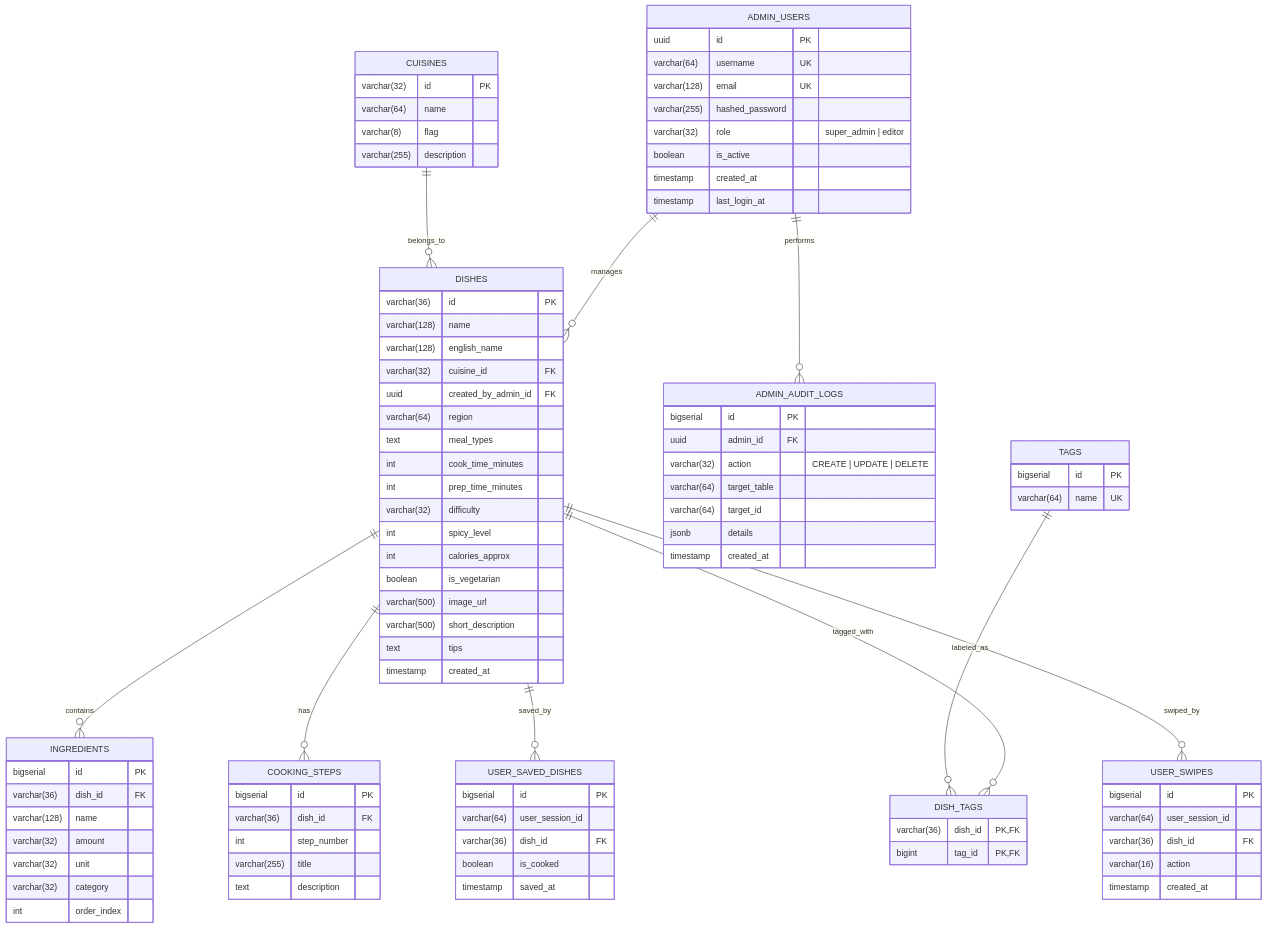
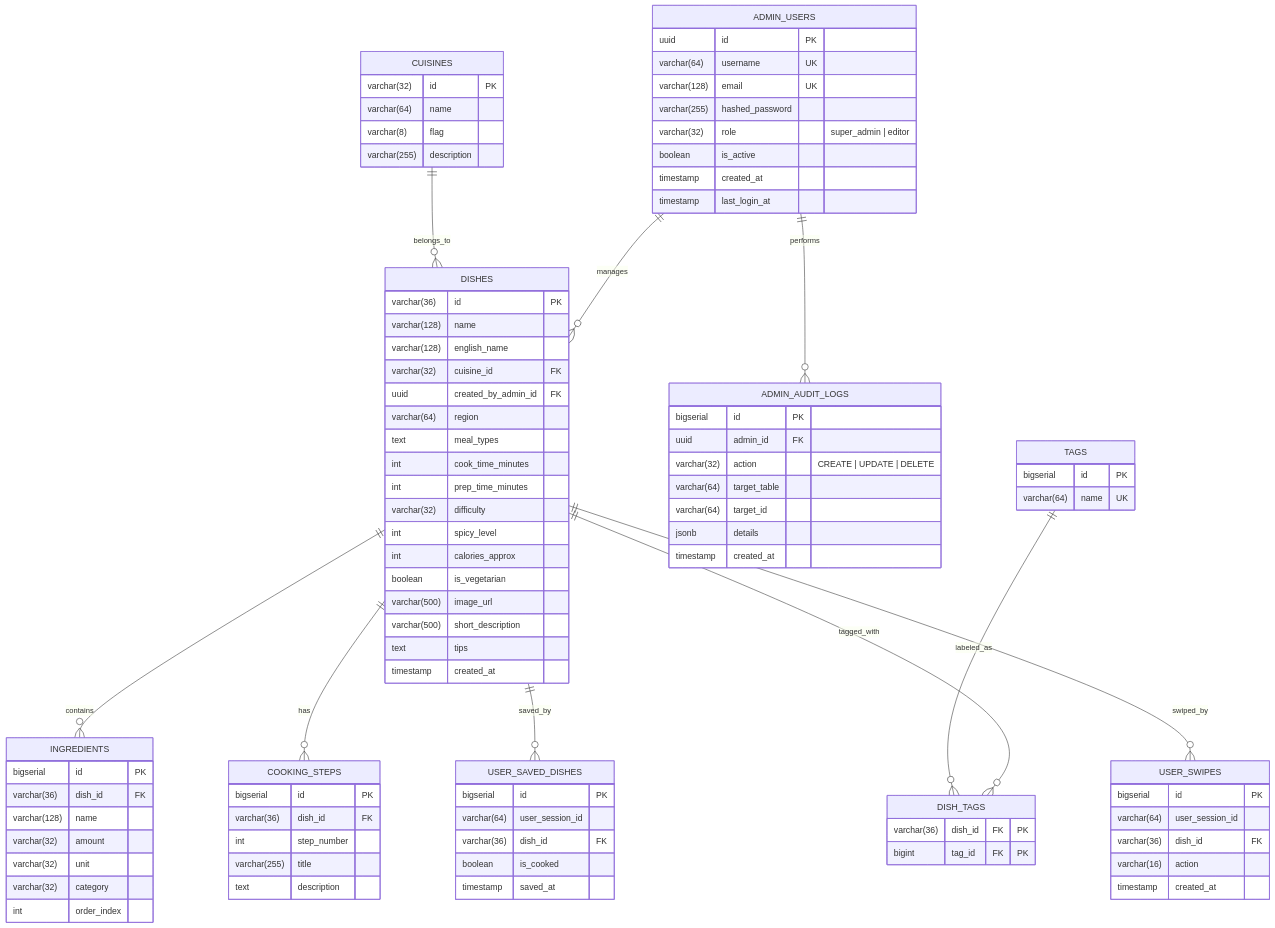
One commit to snowwminhduc1212/YumYumPick changed the diagram in docs/07_DATA_SCHEMA_AND_SEEDS.md. Above: the diagram before and after it, drawn with Mermaid. The commit also changed 1 other file, not shown here.

```diff
--- a/docs/07_DATA_SCHEMA_AND_SEEDS.md
+++ b/docs/07_DATA_SCHEMA_AND_SEEDS.md
@@ -444,8 +444,8 @@
     }
 
     DISH_TAGS {
-        varchar(36) dish_id PK,FK
-        bigint tag_id PK,FK
+        varchar(36) dish_id FK "PK"
+        bigint tag_id FK "PK"
     }
 
     USER_SAVED_DISHES {
```
